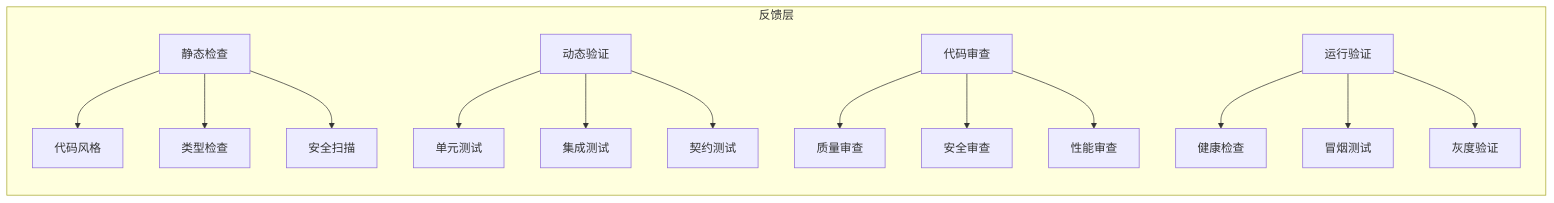
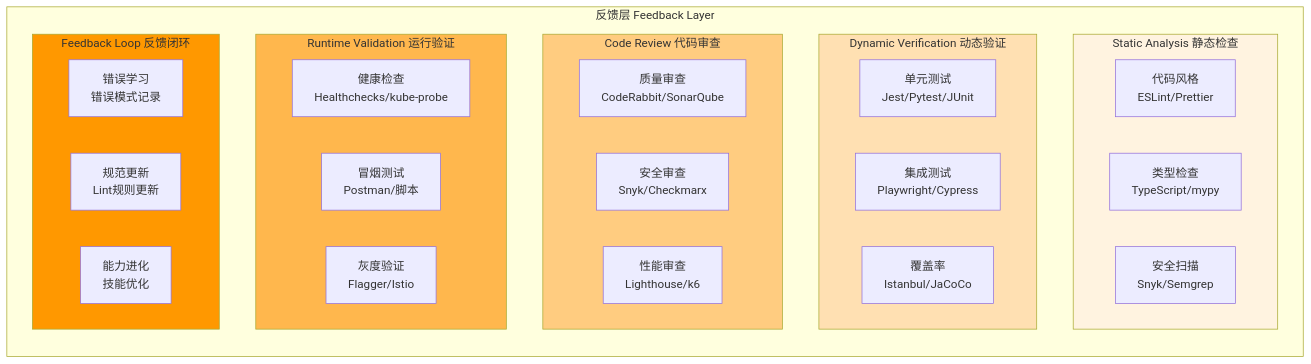
Before and after one commit to yves960/articles: the fourth of 7 diagrams in articles/ai-assisted-dev-toolmap.md, drawn with Mermaid. The commit also changed other lines of this file, not shown here.

First line of the commit message:
docs: 用Mermaid重画AI辅助研发工具地图

````diff
--- a/articles/ai-assisted-dev-toolmap.md
+++ b/articles/ai-assisted-dev-toolmap.md
@@ -228,20 +318,42 @@
 ```mermaid
-graph LR
-    subgraph 反馈层
-        C1[静态检查] --> C11[代码风格]
-        C1 --> C12[类型检查]
-        C1 --> C13[安全扫描]
+graph TB
+    subgraph Feedback["反馈层 Feedback Layer"]
+        direction TB
         
-        C2[动态验证] --> C21[单元测试]
-        C2 --> C22[集成测试]
-        C2 --> C23[契约测试]
+        subgraph Static["Static Analysis 静态检查"]
+            SA1[代码风格<br/>ESLint/Prettier]
+            SA2[类型检查<br/>TypeScript/mypy]
+            SA3[安全扫描<br/>Snyk/Semgrep]
+        end
         
-        C3[代码审查] --> C31[质量审查]
-        C3 --> C32[安全审查]
-        C3 --> C33[性能审查]
+        subgraph Dynamic["Dynamic Verification 动态验证"]
+            DV1[单元测试<br/>Jest/Pytest/JUnit]
+            DV2[集成测试<br/>Playwright/Cypress]
+            DV3[覆盖率<br/>Istanbul/JaCoCo]
+        end
         
-        C4[运行验证] --> C41[健康检查]
-        C4 --> C42[冒烟测试]
-        C4 --> C43[灰度验证]
+        subgraph Review["Code Review 代码审查"]
+            CR1[质量审查<br/>CodeRabbit/SonarQube]
+            CR2[安全审查<br/>Snyk/Checkmarx]
+            CR3[性能审查<br/>Lighthouse/k6]
+        end
+        
+        subgraph Runtime["Runtime Validation 运行验证"]
+            RV1[健康检查<br/>Healthchecks/kube-probe]
+            RV2[冒烟测试<br/>Postman/脚本]
+            RV3[灰度验证<br/>Flagger/Istio]
+        end
+        
+        subgraph Loop["Feedback Loop 反馈闭环"]
+            FL1[错误学习<br/>错误模式记录]
+            FL2[规范更新<br/>Lint规则更新]
+            FL3[能力进化<br/>技能优化]
+        end
     end
+    
+    style Static fill:#fff3e0
+    style Dynamic fill:#ffe0b2
+    style Review fill:#ffcc80
+    style Runtime fill:#ffb74d
+    style Loop fill:#ff9800
 ```
````
